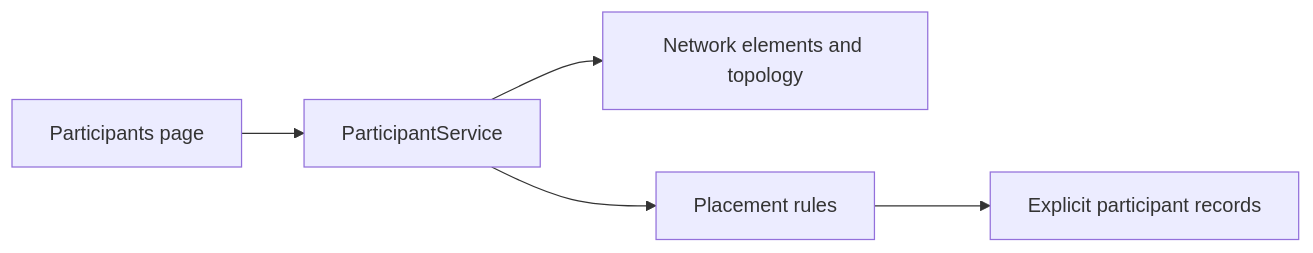
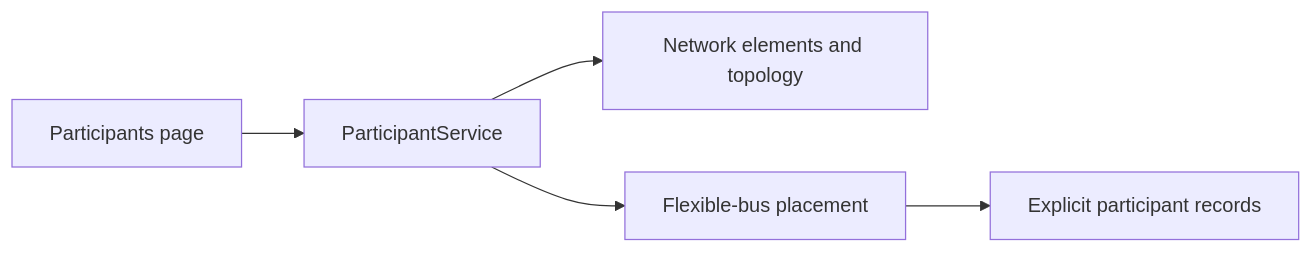
Before and after one commit to KevinRapo/P2P-thesis: the diagram in docs_thesis/master/02-participants.md, drawn with Mermaid. The commit also changed other lines of this file and 7 other files, not shown here.

````diff
--- a/docs_thesis/master/02-participants.md
+++ b/docs_thesis/master/02-participants.md
@@ -49,7 +49,7 @@
 ```mermaid
 flowchart LR
   Page[Participants page] --> Service[ParticipantService]
   Service --> Adapter[Network elements and topology]
-  Service --> Rules[Placement rules]
+  Service --> Rules[Flexible-bus placement]
   Rules --> Records[Explicit participant records]
 ```
````
